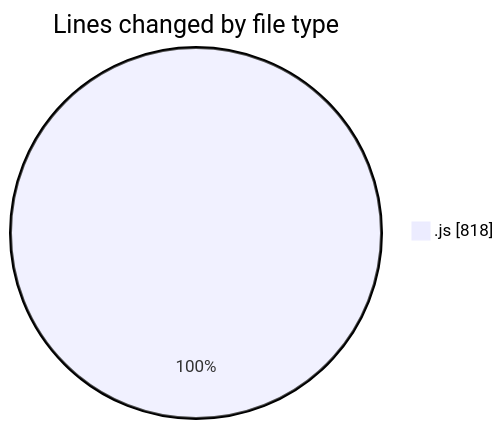
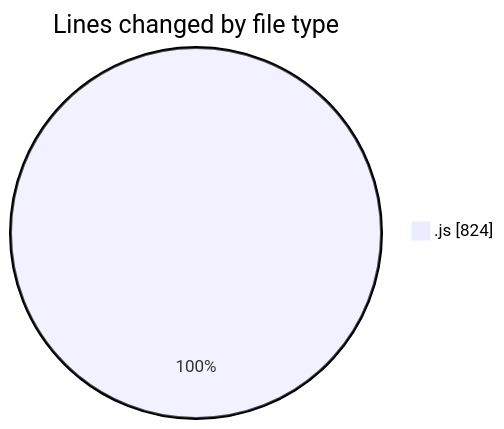
The first of 2 diagrams in 2025-09-09/cashcalculator/README.md (nxtqubesakshisongat/code-tracking), drawn with Mermaid before and after one commit. The commit also changed other lines of this file and 1 other file, not shown here.

````diff
--- a/2025-09-09/cashcalculator/README.md
+++ b/2025-09-09/cashcalculator/README.md
@@ -20,5 +20,5 @@
 ```mermaid
 pie showData
 title Lines changed by file type
-".js" : 818
+".js" : 824
 ```
````
